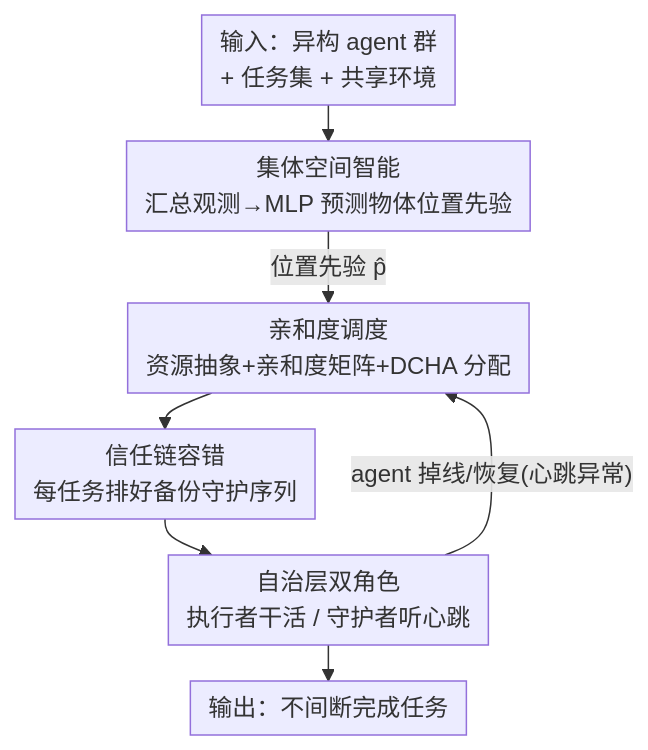
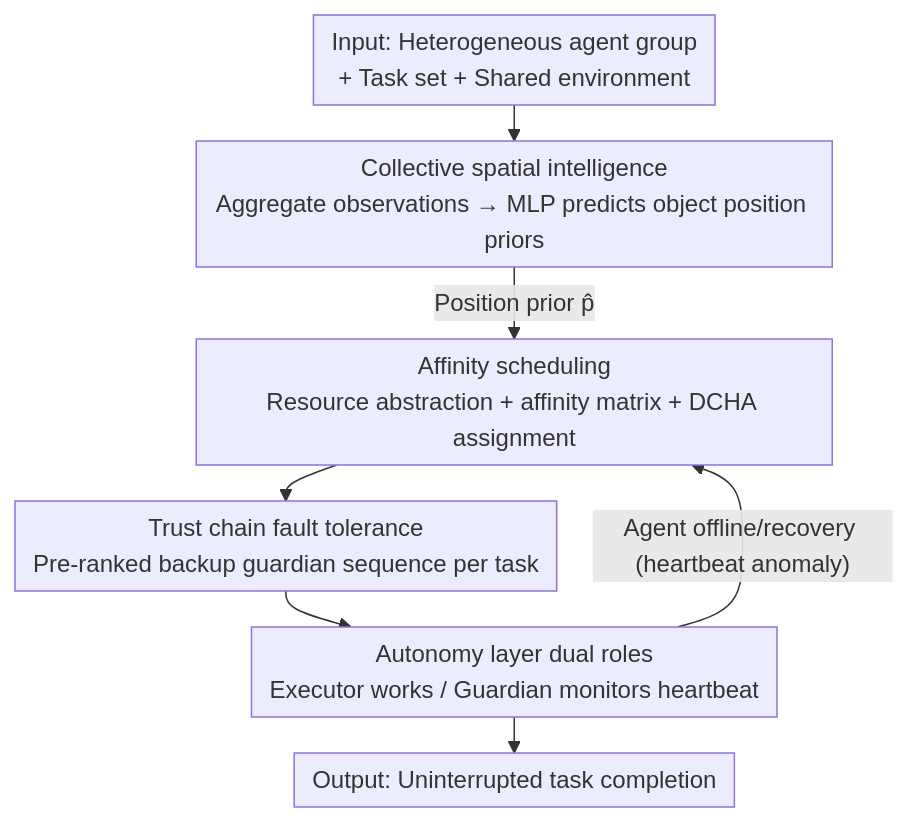
The diagram in docs/CVPR2026/llm_agent/drama_next-gen_dynamic_orchestration_for_resilient_multi-agent_ecosystems_in_flu.md (zhaoyang97/Paper-Notes-en), drawn with Mermaid before and after one commit. The commit also changed 644 other files, not shown here.

````diff
--- a/docs/CVPR2026/llm_agent/drama_next-gen_dynamic_orchestration_for_resilient_multi-agent_ecosystems_in_flu.md
+++ b/docs/CVPR2026/llm_agent/drama_next-gen_dynamic_orchestration_for_resilient_multi-agent_ecosystems_in_flu.md
@@ -49,10 +49,10 @@
 ```mermaid
 %%{init: {'flowchart': {'rankSpacing': 24, 'nodeSpacing': 28, 'padding': 6, 'wrappingWidth': 400}}}%%
 flowchart TD
-    A["输入：异构 agent 群<br/>+ 任务集 + 共享环境"] --> CI["集体空间智能<br/>汇总观测→MLP 预测物体位置先验"]
-    CI -->|位置先验 p̂| AFF["亲和度调度<br/>资源抽象+亲和度矩阵+DCHA 分配"]
-    AFF --> TC["信任链容错<br/>每任务排好备份守护序列"]
-    TC --> EXE["自治层双角色<br/>执行者干活 / 守护者听心跳"]
-    EXE -->|"agent 掉线/恢复(心跳异常)"| AFF
-    EXE --> O["输出：不间断完成任务"]
+    A["Input: Heterogeneous agent group<br/>+ Task set + Shared environment"] --> CI["Collective spatial intelligence<br/>Aggregate observations → MLP predicts object position priors"]
+    CI -->|Position prior p̂| AFF["Affinity scheduling<br/>Resource abstraction + affinity matrix + DCHA assignment"]
+    AFF --> TC["Trust chain fault tolerance<br/>Pre-ranked backup guardian sequence per task"]
+    TC --> EXE["Autonomy layer dual roles<br/>Executor works / Guardian monitors heartbeat"]
+    EXE -->|"Agent offline/recovery (heartbeat anomaly)"| AFF
+    EXE --> O["Output: Uninterrupted task completion"]
 ```
````
